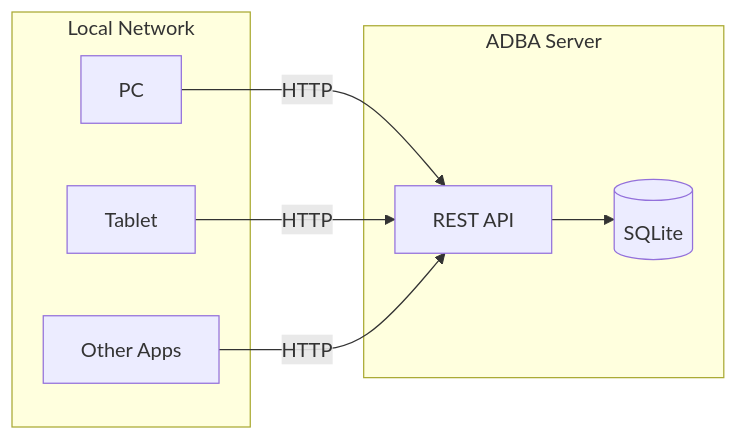
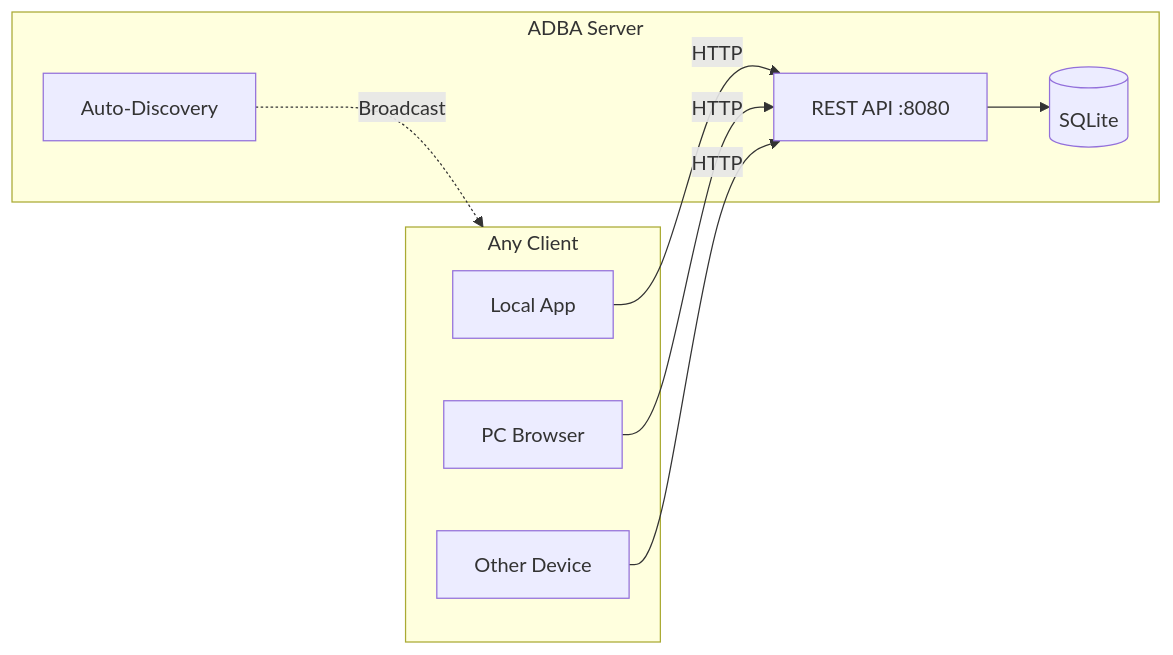
Before and after one commit to Garletz/ADBA-ANDROIDATABASE: the second of 3 diagrams in README.md, drawn with Mermaid. The commit also changed other lines of this file, not shown here.

Commit message:
docs: Add simplified concept diagram

````diff
--- a/README.md
+++ b/README.md
@@ -22,18 +52,20 @@
 ```mermaid
 flowchart LR
-    subgraph LAN["Local Network"]
-        PC["PC"]
-        Tablet["Tablet"]
-        Other["Other Apps"]
+    subgraph Clients["Any Client"]
+        C1["Local App"]
+        C2["PC Browser"]
+        C3["Other Device"]
     end
     
-    subgraph Android["ADBA Server"]
-        API["REST API"]
+    subgraph ADBA["ADBA Server"]
+        API["REST API :8080"]
         SQLite[(SQLite)]
+        mDNS["Auto-Discovery"]
     end
     
-    PC -->|HTTP| API
-    Tablet -->|HTTP| API
-    Other -->|HTTP| API
+    C1 -->|HTTP| API
+    C2 -->|HTTP| API
+    C3 -->|HTTP| API
     API --> SQLite
+    mDNS -.->|Broadcast| Clients
 ```
````
